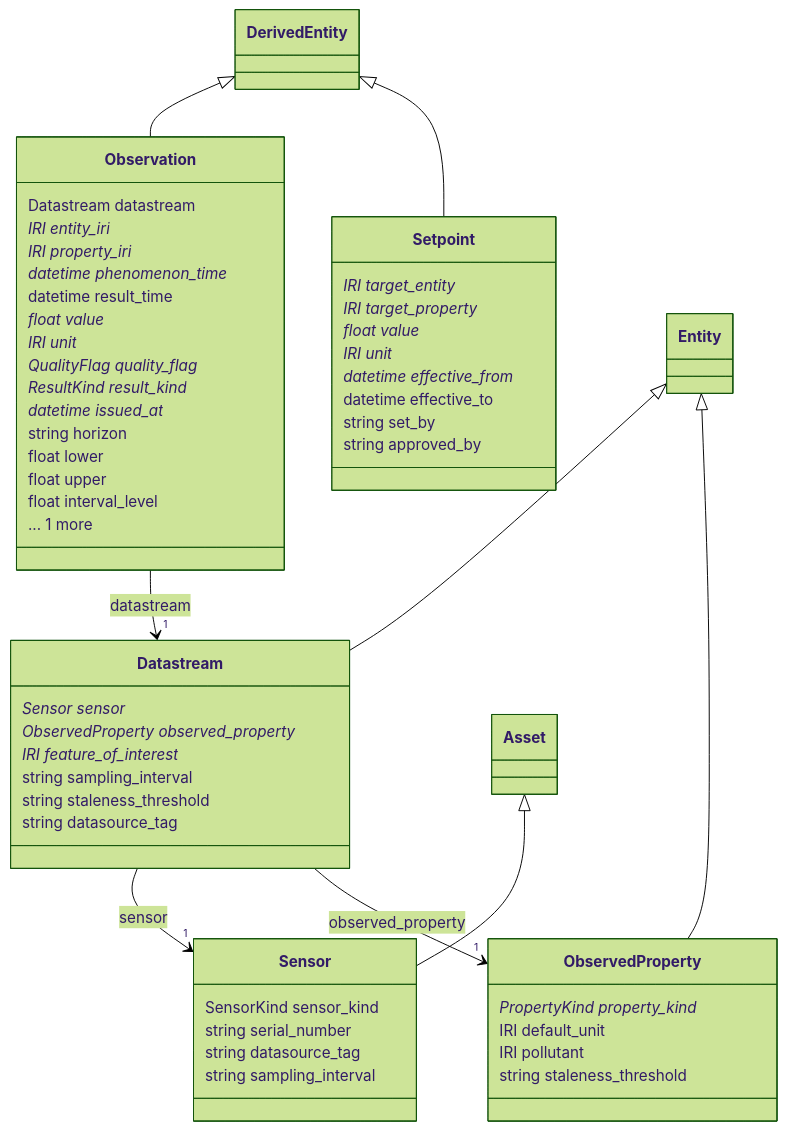
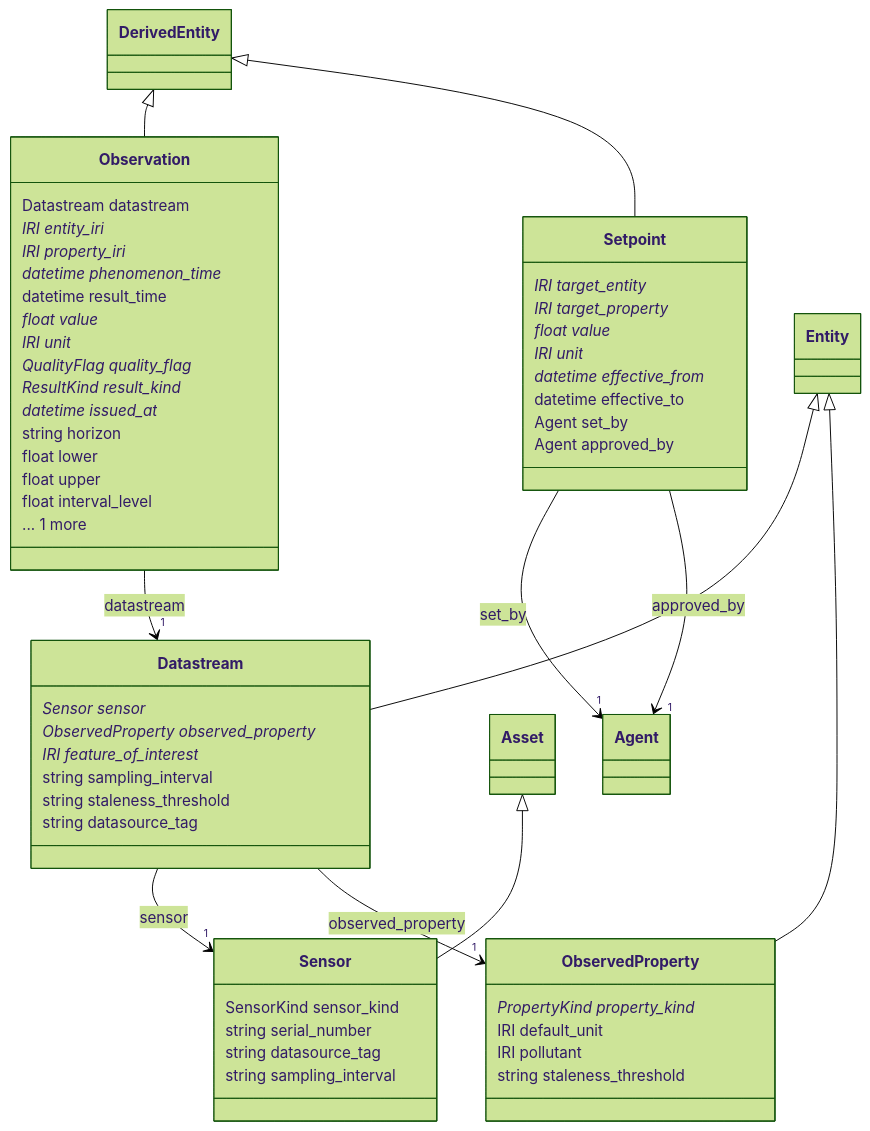
Before and after one commit to HydroCouple/water-ontology: the diagram in docs/diagrams/observation.md, drawn with Mermaid (forest theme). The commit also changed 21 other files, not shown here.

````diff
--- a/docs/diagrams/observation.md
+++ b/docs/diagrams/observation.md
@@ -5,58 +5,60 @@
 ```mermaid
 classDiagram
   class Datastream {
     Sensor sensor*
     ObservedProperty observed_property*
     IRI feature_of_interest*
     string sampling_interval
     string staleness_threshold
     string datasource_tag
   }
   class Observation {
     Datastream datastream
     IRI entity_iri*
     IRI property_iri*
     datetime phenomenon_time*
     datetime result_time
     float value*
     IRI unit*
     QualityFlag quality_flag*
     ResultKind result_kind*
     datetime issued_at*
     string horizon
     float lower
     float upper
     float interval_level
     ... 1 more
   }
   class ObservedProperty {
     PropertyKind property_kind*
     IRI default_unit
     IRI pollutant
     string staleness_threshold
   }
   class Sensor {
     SensorKind sensor_kind
     string serial_number
     string datasource_tag
     string sampling_interval
   }
   class Setpoint {
     IRI target_entity*
     IRI target_property*
     float value*
     IRI unit*
     datetime effective_from*
     datetime effective_to
-    string set_by
-    string approved_by
+    Agent set_by
+    Agent approved_by
   }
   Entity <|-- Datastream
   Datastream --> "1" Sensor : sensor
   Datastream --> "1" ObservedProperty : observed_property
   DerivedEntity <|-- Observation
   Observation --> "1" Datastream : datastream
   Entity <|-- ObservedProperty
   Asset <|-- Sensor
   DerivedEntity <|-- Setpoint
+  Setpoint --> "1" Agent : set_by
+  Setpoint --> "1" Agent : approved_by
 ```
````
